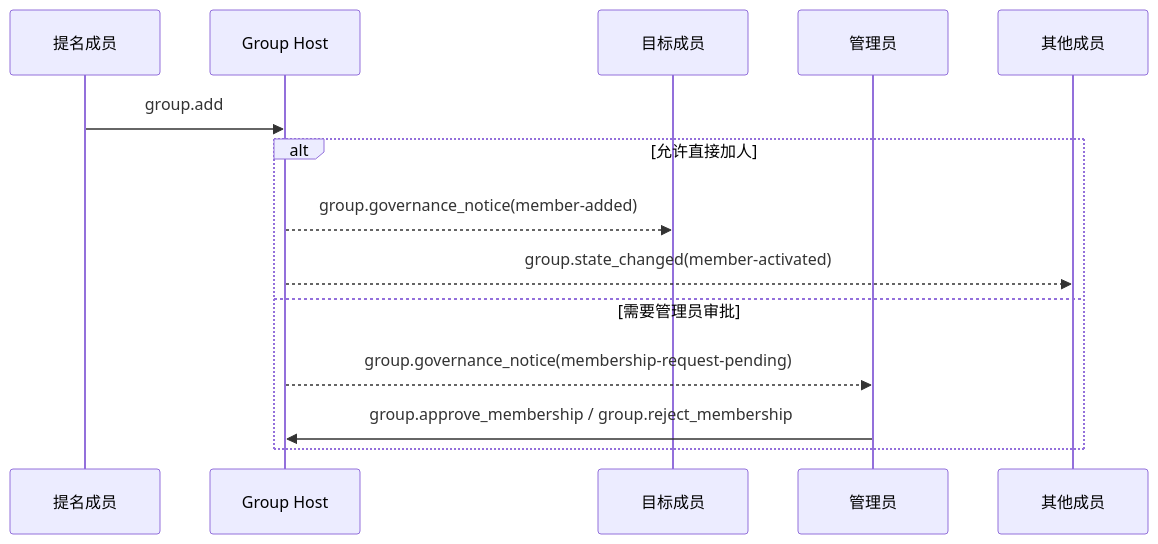
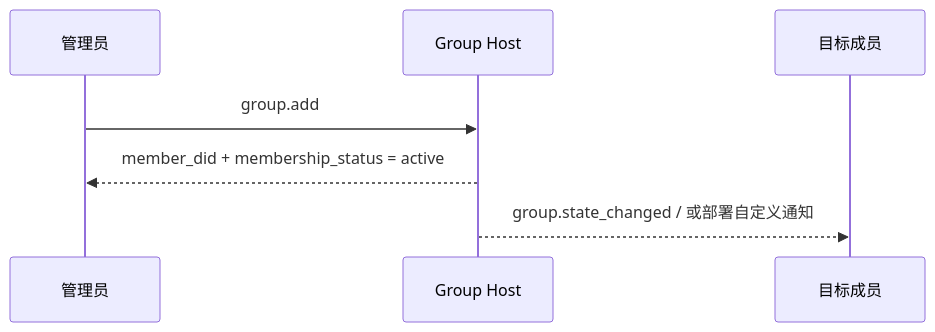
The fourth of 5 diagrams in chinese/message/04-群组基础语义.md (NeatNerdPrime/AgentNetworkProtocol), drawn with Mermaid before and after one commit. The commit also changed other lines of this file and 3 other files, not shown here.

````diff
--- a/chinese/message/04-群组基础语义.md
+++ b/chinese/message/04-群组基础语义.md
@@ -1289,17 +1055,10 @@
 ```mermaid
 sequenceDiagram
-    participant Proposer as 提名成员
-    participant Host as Group Host
-    participant Target as 目标成员
-    participant Admin as 管理员
-    participant Members as 其他成员
+    participant A as 管理员
+    participant H as Group Host
+    participant B as 目标成员
 
-    Proposer->>Host: group.add
-    alt 允许直接加人
-        Host-->>Target: group.governance_notice(member-added)
-        Host-->>Members: group.state_changed(member-activated)
-    else 需要管理员审批
-        Host-->>Admin: group.governance_notice(membership-request-pending)
-        Admin->>Host: group.approve_membership / group.reject_membership
-    end
+    A->>H: group.add
+    H-->>A: member_did + membership_status = active
+    H-->>B: group.state_changed / 或部署自定义通知
 ```
````
